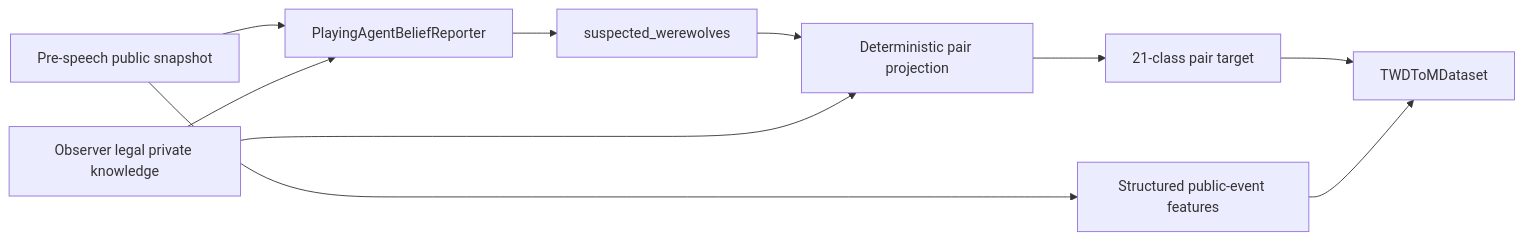
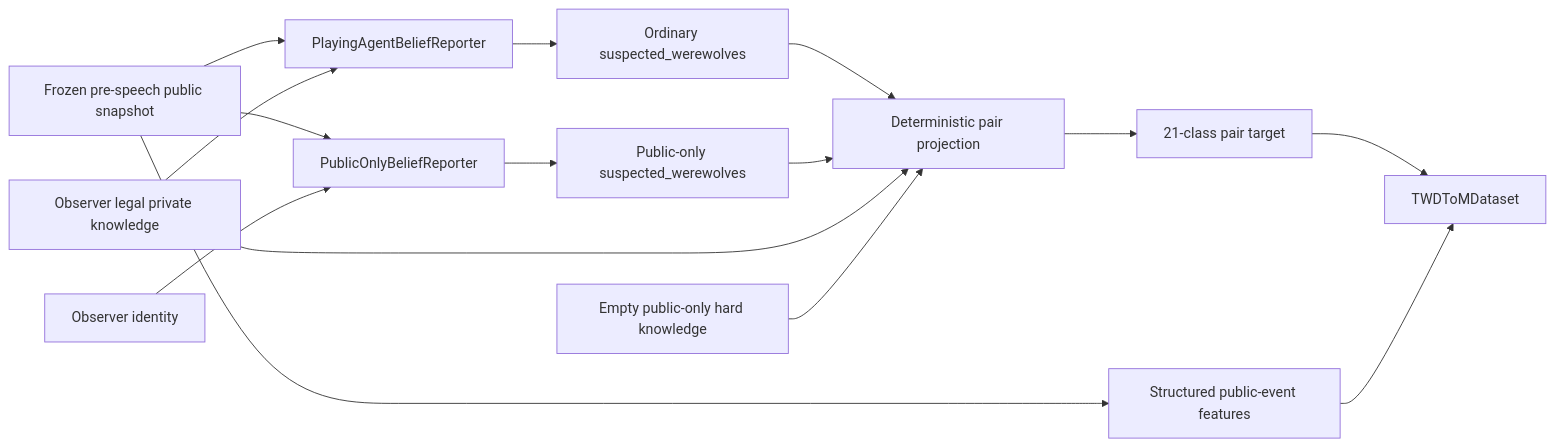
The third of 4 diagrams in docs/architecture.md (MonsterTracy/3wd-tom), drawn with Mermaid before and after one commit. The commit also changed other lines of this file and 13 other files, not shown here.

````diff
--- a/docs/architecture.md
+++ b/docs/architecture.md
@@ -52,12 +52,17 @@
 ```mermaid
 flowchart LR
-    H["Pre-speech public snapshot"] --> BR["PlayingAgentBeliefReporter"]
-    K["Observer legal private knowledge"] --> BR
-    BR --> S["suspected_werewolves"]
-    S --> P["Deterministic pair projection"]
+    H["Frozen pre-speech public snapshot"] --> PR["PlayingAgentBeliefReporter"]
+    K["Observer legal private knowledge"] --> PR
+    H --> POR["PublicOnlyBeliefReporter"]
+    O["Observer identity"] --> POR
+    PR --> OS["Ordinary suspected_werewolves"]
+    POR --> PS["Public-only suspected_werewolves"]
+    OS --> P["Deterministic pair projection"]
+    PS --> P
     K --> P
+    EK["Empty public-only hard knowledge"] --> P
     P --> T["21-class pair target"]
     H --> D["Structured public-event features"]
     T --> DS["TWDToMDataset"]
     D --> DS
 ```
````
